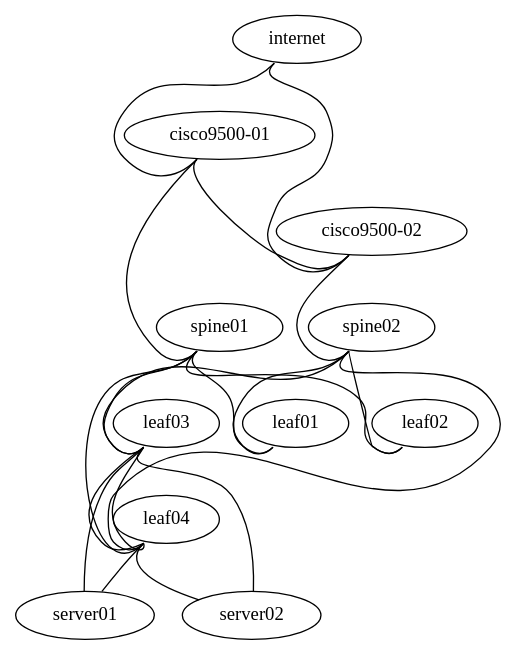
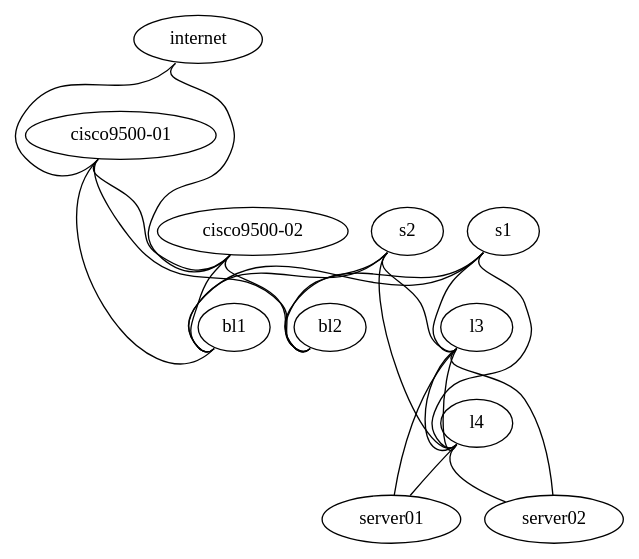
Before and after one commit to Cloudofyou/poc-old-oneok: the diagram in vx_simulation/site.dot, drawn with Graphviz.

Commit message:
changed dot topology file

```diff
--- a/vx_simulation/site.dot
+++ b/vx_simulation/site.dot
@@ -1,33 +1,36 @@
 graph site {
  "internet" [function="internet" os="CumulusCommunity/cumulus-vx" version="3.7.2" memory="1024" config="./helper_scripts/extra_switch_config.sh" mgmt_ip="192.168.200.1"]
  "cisco9500-01" [function="cisco" os="CumulusCommunity/cumulus-vx" version="3.7.2" memory="1024" config="./helper_scripts/extra_switch_config.sh" mgmt_ip="192.168.200.2"]
  "cisco9500-02" [function="cisco" os="CumulusCommunity/cumulus-vx" version="3.7.2" memory="1024" config="./helper_scripts/extra_switch_config.sh" mgmt_ip="192.168.200.3"]
- "spine01" [function="spine" os="CumulusCommunity/cumulus-vx" version="3.7.2" memory="1024" config="./helper_scripts/extra_switch_config.sh" mgmt_ip="192.168.200.4"]
- "spine02" [function="spine" os="CumulusCommunity/cumulus-vx" version="3.7.2" memory="1024" config="./helper_scripts/extra_switch_config.sh" mgmt_ip="192.168.200.5"]
- "leaf01" [function="leaf" os="CumulusCommunity/cumulus-vx" version="3.7.2" memory="1024" config="./helper_scripts/extra_switch_config.sh" mgmt_ip="192.168.200.6"]
- "leaf02" [function="leaf" os="CumulusCommunity/cumulus-vx" version="3.7.2" memory="1024" config="./helper_scripts/extra_switch_config.sh" mgmt_ip="192.168.200.7"]
- "leaf03" [function="leaf" os="CumulusCommunity/cumulus-vx" version="3.7.2" memory="1024" config="./helper_scripts/extra_switch_config.sh" mgmt_ip="192.168.200.8"]
- "leaf04" [function="leaf" os="CumulusCommunity/cumulus-vx" version="3.7.2" memory="1024" config="./helper_scripts/extra_switch_config.sh" mgmt_ip="192.168.200.9"]
+ "s1" [function="spine" os="CumulusCommunity/cumulus-vx" version="3.7.2" memory="1024" config="./helper_scripts/extra_switch_config.sh" mgmt_ip="192.168.200.4"]
+ "s2" [function="spine" os="CumulusCommunity/cumulus-vx" version="3.7.2" memory="1024" config="./helper_scripts/extra_switch_config.sh" mgmt_ip="192.168.200.5"]
+ "bl1" [function="leaf" os="CumulusCommunity/cumulus-vx" version="3.7.2" memory="1024" config="./helper_scripts/extra_switch_config.sh" mgmt_ip="192.168.200.6"]
+ "bl2" [function="leaf" os="CumulusCommunity/cumulus-vx" version="3.7.2" memory="1024" config="./helper_scripts/extra_switch_config.sh" mgmt_ip="192.168.200.7"]
+ "l3" [function="leaf" os="CumulusCommunity/cumulus-vx" version="3.7.2" memory="1024" config="./helper_scripts/extra_switch_config.sh" mgmt_ip="192.168.200.8"]
+ "l4" [function="leaf" os="CumulusCommunity/cumulus-vx" version="3.7.2" memory="1024" config="./helper_scripts/extra_switch_config.sh" mgmt_ip="192.168.200.9"]
  "server01" [function="host" os="yk0/ubuntu-xenial" memory="768" config="./helper_scripts/extra_server_config.sh" mgmt_ip="192.168.200.10"]
  "server02" [function="host" os="yk0/ubuntu-xenial" memory="768" config="./helper_scripts/extra_server_config.sh" mgmt_ip="192.168.200.11"]
 
-"internet":"swp1" -- "cisco9500-01":"swp2"
-"internet":"swp2" -- "cisco9500-02":"swp2"
-"cisco9500-01":"swp1" -- "spine01":"swp10"
-"cisco9500-02":"swp1" -- "spine02":"swp10"
+"internet":"swp1" -- "cisco9500-01":"swp4"
+"internet":"swp2" -- "cisco9500-02":"swp4"
+"cisco9500-01":"swp1" -- "bl1":"swp51"
+"cisco9500-01":"swp2" -- "bl2":"swp51"
+"cisco9500-02":"swp1" -- "bl1":"swp52"
+"cisco9500-02":"swp2" -- "bl2":"swp52"
 "cisco9500-01":"swp3" -- "cisco9500-02":"swp3"
-"spine01":"swp1" -- "leaf01":"swp53"
-"spine01":"swp2" -- "leaf02":"swp51"
-"spine01":"swp3" -- "leaf03":"swp51"
-"spine01":"swp4" -- "leaf04":"swp51"
-"spine02":"swp1" -- "leaf01":"swp54"
-"spine02":"swp2" -- "leaf02":"swp52"
-"spine02":"swp3" -- "leaf03":"swp52"
-"spine02":"swp4" -- "leaf04":"swp52"
-"leaf03":"swp1" -- "server01":"eth1"
-"leaf03":"swp2" -- "server02":"eth1"
-"leaf04":"swp1" -- "server01":"eth2"
-"leaf04":"swp2" -- "server02":"eth2"
-"leaf03":"swp49" -- "leaf04":"swp49"
-"leaf03":"swp50" -- "leaf04":"swp50"
+
+"s1":"swp1" -- "bl1":"swp53"
+"s1":"swp2" -- "bl2":"swp50"
+"s1":"swp3" -- "l3":"swp50"
+"s1":"swp4" -- "l4":"swp50"
+"s2":"swp1" -- "bl1":"swp54"
+"s2":"swp2" -- "bl2":"swp52"
+"s2":"swp3" -- "l3":"swp52"
+"s2":"swp4" -- "l4":"swp52"
+"l3":"swp1" -- "server01":"eth1"
+"l3":"swp2" -- "server02":"eth1"
+"l4":"swp1" -- "server01":"eth2"
+"l4":"swp2" -- "server02":"eth2"
+"l3":"swp47" -- "l4":"swp47"
+"l3":"swp48" -- "l4":"swp48"
 }
```
